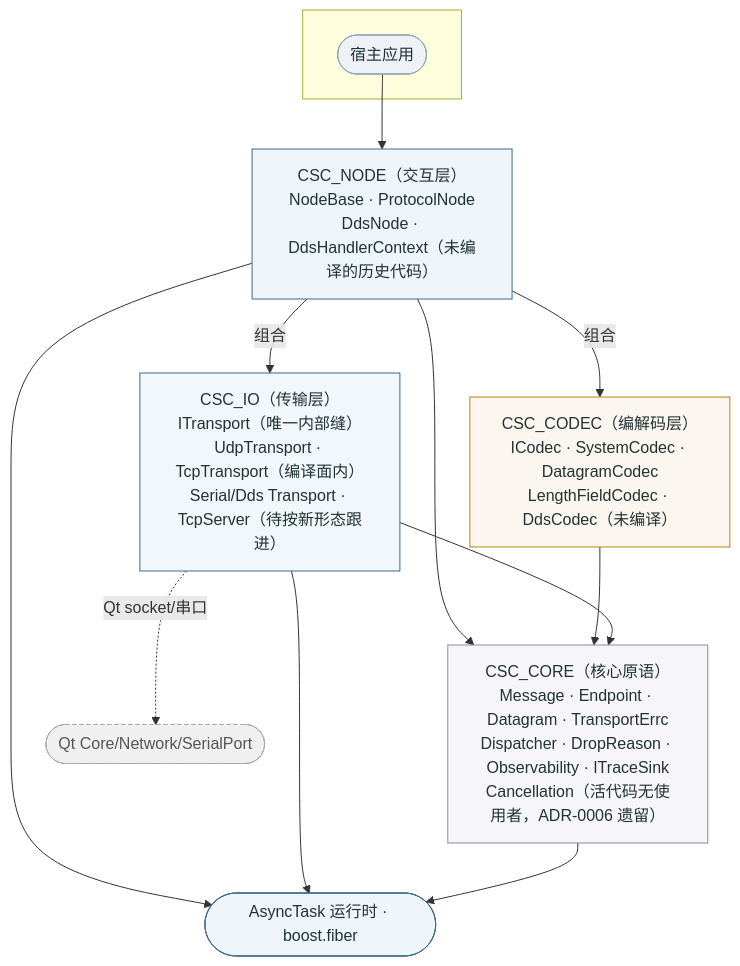
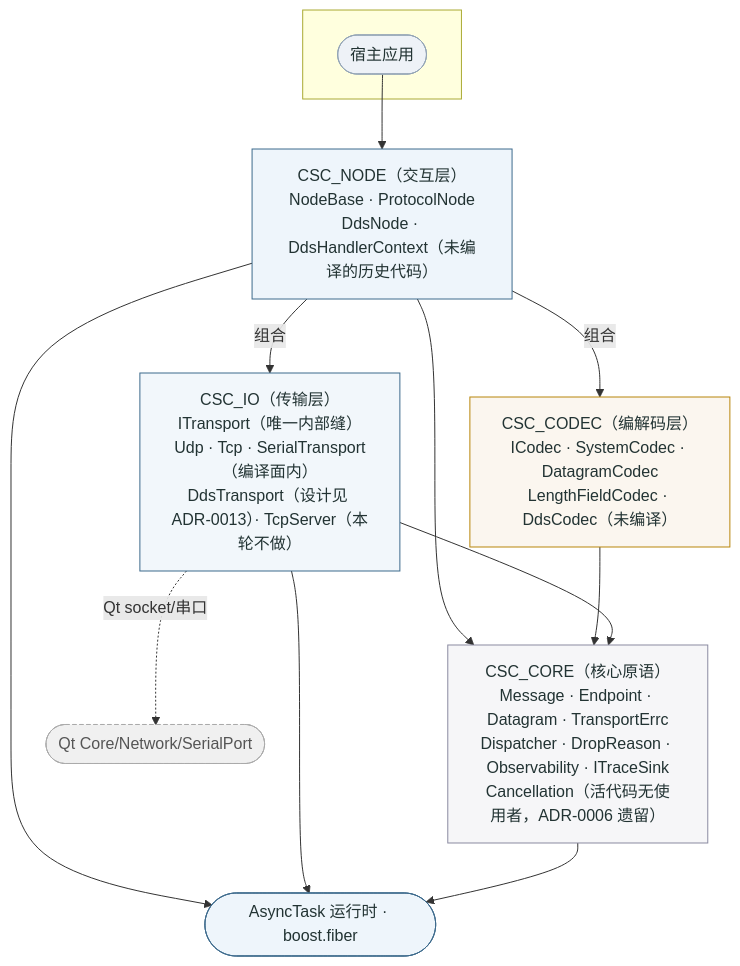
Before and after one commit to Ste7an-cs/Transport: the diagram in docs/diagrams/sdd-csc-layers.mmd, drawn with Mermaid. The commit also changed 6 other files, not shown here.

First line of the commit message:
docs(sdd+图): 编译面标注补上串口——三个介质已实现,DDS 与 TcpServer 仍在外

```diff
--- a/docs/diagrams/sdd-csc-layers.mmd
+++ b/docs/diagrams/sdd-csc-layers.mmd
@@ -1,33 +1,33 @@
 flowchart TB
     subgraph HOST[" "]
       APP([宿主应用])
     end
     NODE["CSC_NODE（交互层）<br/>NodeBase · ProtocolNode<br/>DdsNode · DdsHandlerContext（未编译的历史代码）"]
     CODEC["CSC_CODEC（编解码层）<br/>ICodec · SystemCodec · DatagramCodec<br/>LengthFieldCodec · DdsCodec（未编译）"]
-    IO["CSC_IO（传输层）<br/>ITransport（唯一内部缝）<br/>UdpTransport · TcpTransport（编译面内）<br/>Serial/Dds Transport · TcpServer（待按新形态跟进）"]
+    IO["CSC_IO（传输层）<br/>ITransport（唯一内部缝）<br/>Udp · Tcp · SerialTransport（编译面内）<br/>DdsTransport（设计见 ADR-0013）· TcpServer（本轮不做）"]
     CORE["CSC_CORE（核心原语）<br/>Message · Endpoint · Datagram · TransportErrc<br/>Dispatcher · DropReason · Observability · ITraceSink<br/>Cancellation（活代码无使用者，ADR-0006 遗留）"]
     RT([AsyncTask 运行时 · boost.fiber])
     QT([Qt Core/Network/SerialPort]):::opt
 
     APP --> NODE
     NODE -->|组合| CODEC
     NODE -->|组合| IO
     NODE --> CORE
     CODEC --> CORE
     IO --> CORE
     IO -.Qt socket/串口.-> QT
     NODE --> RT
     IO --> RT
     CORE --> RT
 
     classDef host fill:#eef2f7,stroke:#93a4b5,color:#233;
     classDef node fill:#eef5fb,stroke:#3d6a8c,color:#233;
     classDef codec fill:#fbf6ef,stroke:#b8860b,color:#233;
     classDef io fill:#f2f7fb,stroke:#3d6a8c,color:#233;
     classDef core fill:#f6f6f8,stroke:#8a8aa0,color:#233;
     classDef opt fill:#f0f0f0,stroke:#aaa,color:#555,stroke-dasharray:4 3;
     class APP host;
     class NODE node;
     class CODEC codec;
     class IO io;
     class CORE core;
```
